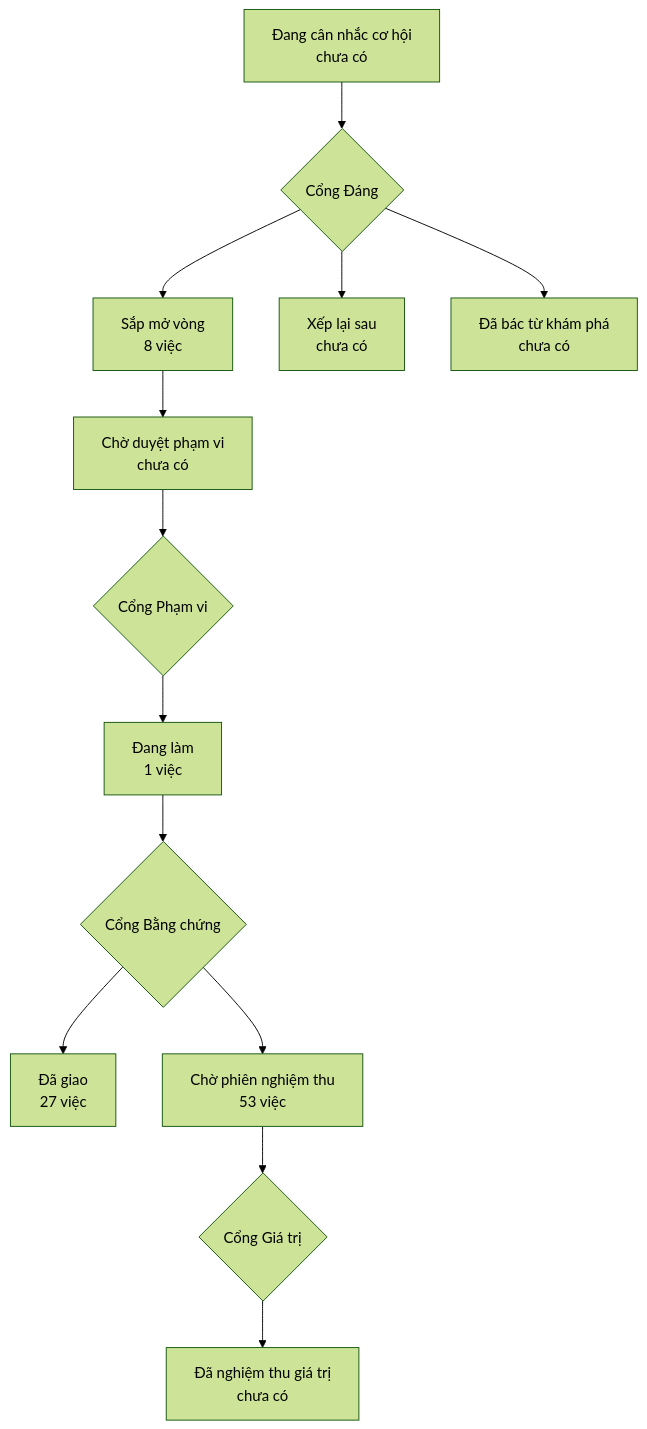
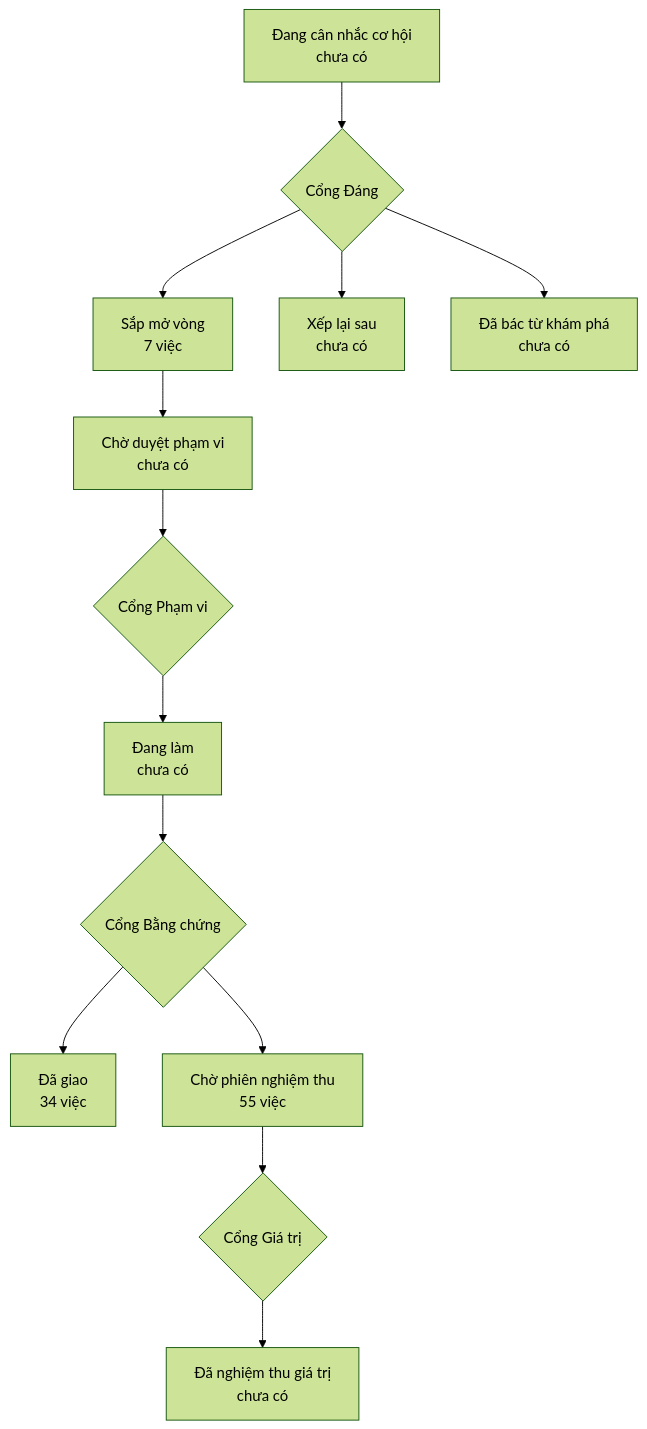
The diagram in PRODUCT-MAP.md (phanlemanh/onehub-inventory), drawn with Mermaid (forest theme) before and after one commit. The commit also changed other lines of this file and 4 other files, not shown here.

````diff
--- a/PRODUCT-MAP.md
+++ b/PRODUCT-MAP.md
@@ -7,12 +7,12 @@
 ```mermaid
 flowchart TD
   A["Đang cân nhắc cơ hội<br/>chưa có"] --> GD{"Cổng Đáng"}
-  GD --> B["Sắp mở vòng<br/>8 việc"]
+  GD --> B["Sắp mở vòng<br/>7 việc"]
   GD --> XL["Xếp lại sau<br/>chưa có"]
   GD --> DB["Đã bác từ khám phá<br/>chưa có"]
   B --> CD["Chờ duyệt phạm vi<br/>chưa có"] --> GP{"Cổng Phạm vi"}
-  GP --> DL["Đang làm<br/>1 việc"] --> GB{"Cổng Bằng chứng"}
-  GB --> DG["Đã giao<br/>27 việc"]
-  GB --> CN["Chờ phiên nghiệm thu<br/>53 việc"] --> GG{"Cổng Giá trị"}
+  GP --> DL["Đang làm<br/>chưa có"] --> GB{"Cổng Bằng chứng"}
+  GB --> DG["Đã giao<br/>34 việc"]
+  GB --> CN["Chờ phiên nghiệm thu<br/>55 việc"] --> GG{"Cổng Giá trị"}
   GG --> NT["Đã nghiệm thu giá trị<br/>chưa có"]
 ```
````
